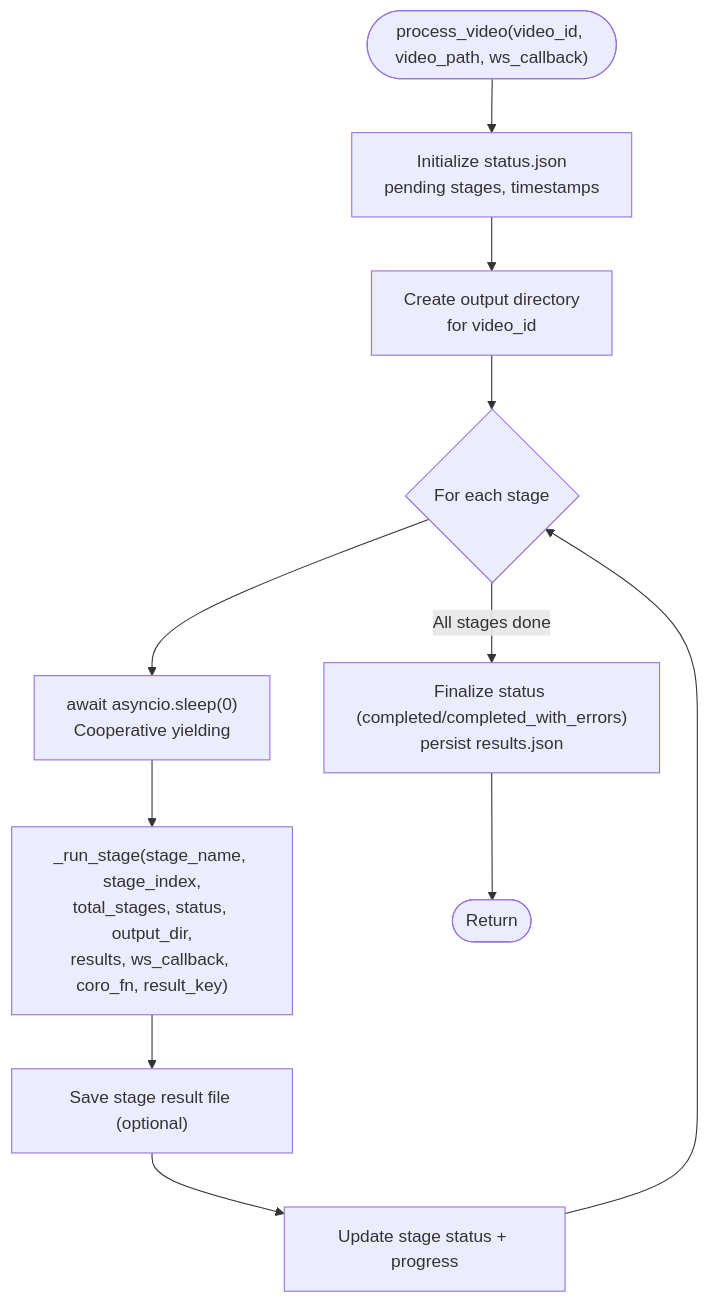
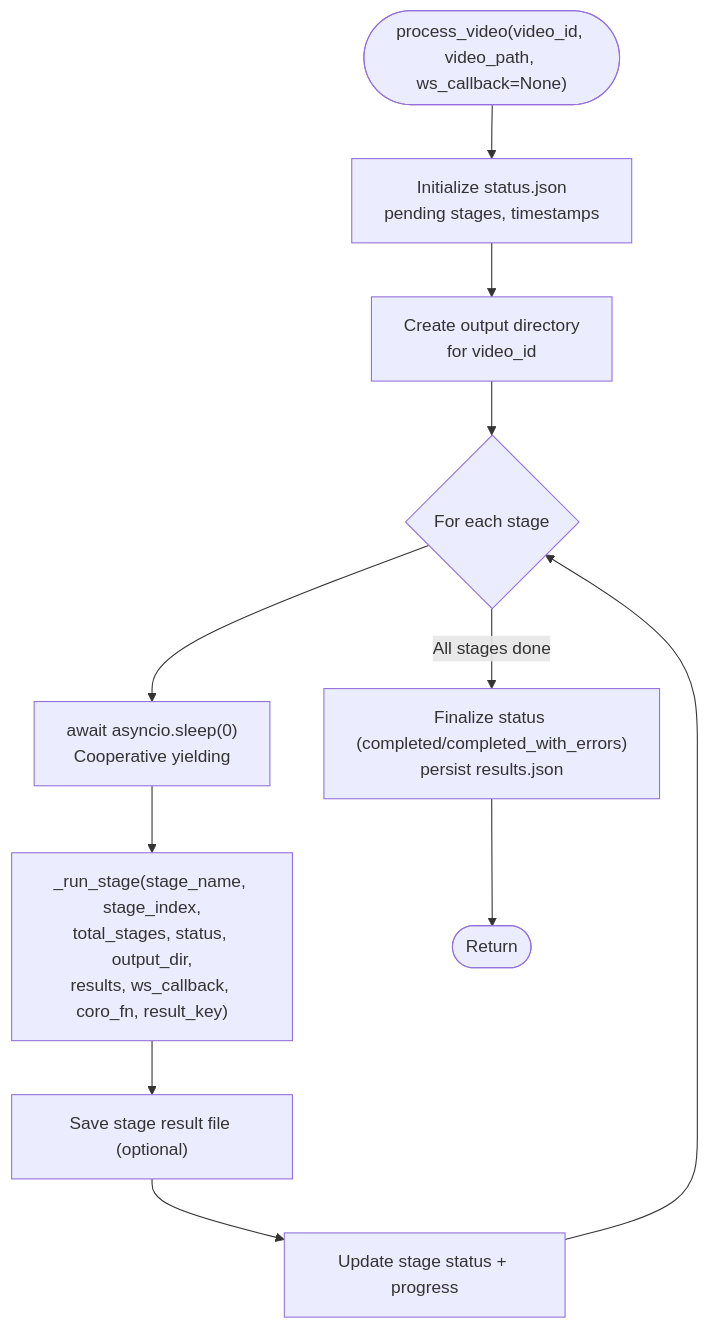
One commit to alexandreybasta-cyber/dubai-media-ai changed the fourth of 8 diagrams in .qoder/repowiki/en/content/Media Processing Pipeline/Pipeline Overview and Architecture.md. Above: the diagram before and after it, drawn with Mermaid. The commit also changed other lines of this file and 19 other files, not shown here.

````diff
--- a/.qoder/repowiki/en/content/Media Processing Pipeline/Pipeline Overview and Architecture.md
+++ b/.qoder/repowiki/en/content/Media Processing Pipeline/Pipeline Overview and Architecture.md
@@ -290,13 +299,13 @@
 ```mermaid
 flowchart TD
-Start(["process_video(video_id, video_path, ws_callback)"]) --> InitStatus["Initialize status.json<br/>pending stages, timestamps"]
+Start(["process_video(video_id, video_path, ws_callback=None)"]) --> InitStatus["Initialize status.json<br/>pending stages, timestamps"]
 InitStatus --> CreateOutputDir["Create output directory<br/>for video_id"]
 CreateOutputDir --> LoopStages{"For each stage"}
 LoopStages --> YieldControl["await asyncio.sleep(0)<br/>Cooperative yielding"]
 YieldControl --> RunStage["_run_stage(stage_name, stage_index,<br/>total_stages, status, output_dir,<br/>results, ws_callback, coro_fn, result_key)"]
 RunStage --> SaveStage["Save stage result file (optional)"]
 SaveStage --> UpdateStatus["Update stage status + progress"]
 UpdateStatus --> LoopStages
 LoopStages --> |All stages done| Finalize["Finalize status (completed/completed_with_errors)<br/>persist results.json"]
 Finalize --> Done(["Return"])
 ```
````
